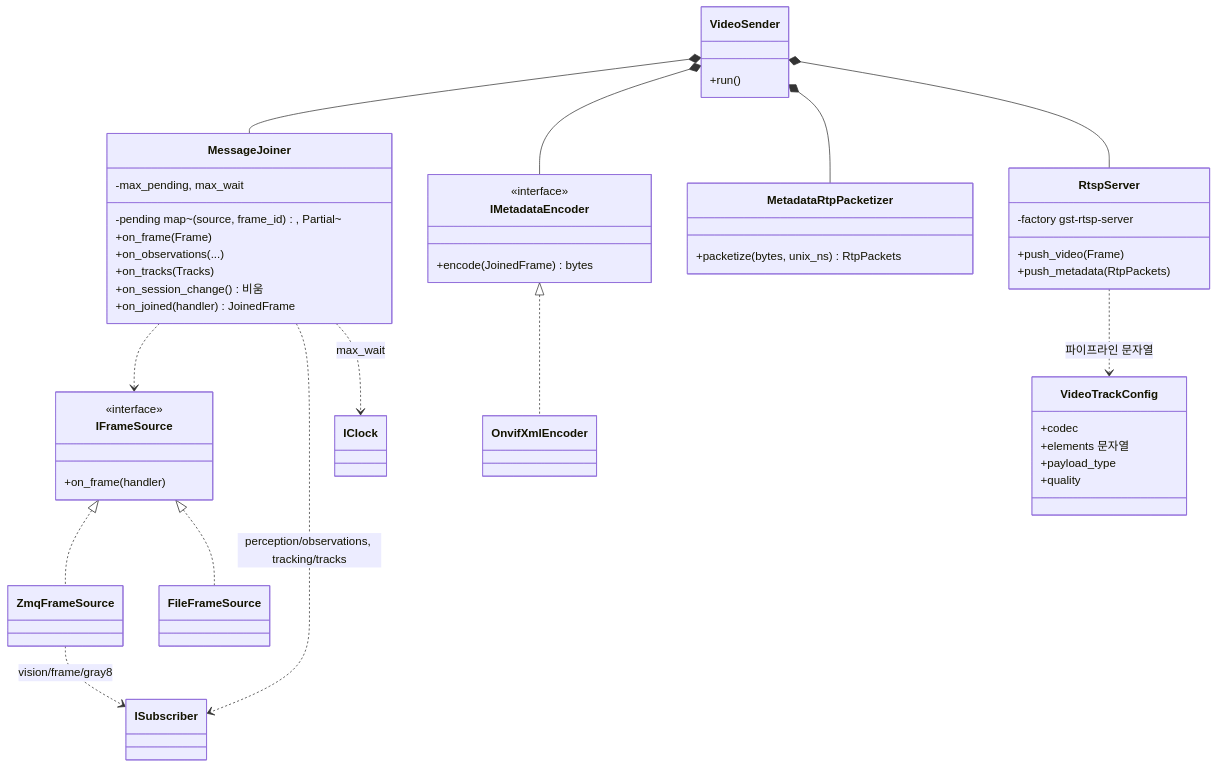
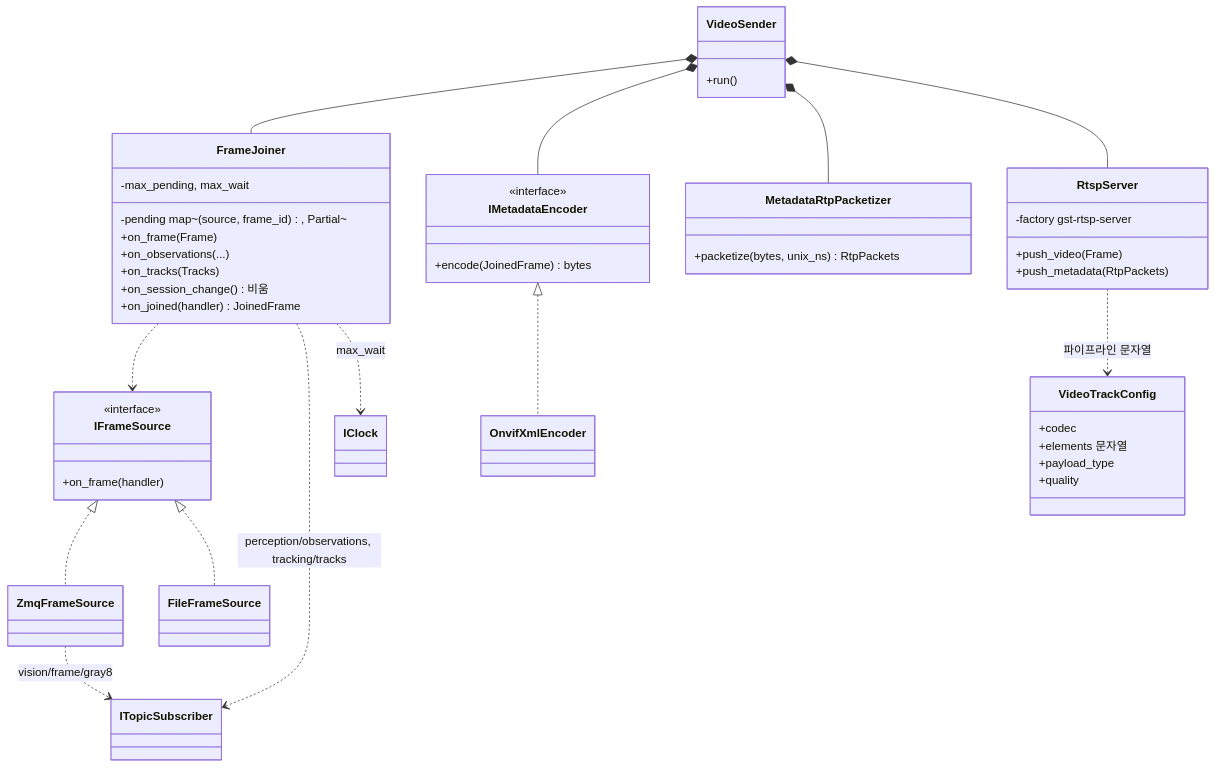
Before and after one commit to lig-argus/argus-edge-vision: the first of 2 diagrams in docs/design/uml/class_video.md, drawn with Mermaid. The commit also changed other lines of this file and 7 other files, not shown here.

````diff
--- a/docs/design/uml/class_video.md
+++ b/docs/design/uml/class_video.md
@@ -11,53 +11,53 @@
 ```mermaid
 classDiagram
     class IFrameSource {
         <<interface>>
         +on_frame(handler)
     }
     class ZmqFrameSource
     class FileFrameSource
-    class MessageJoiner {
+    class FrameJoiner {
         -pending map~(source, frame_id), Partial~
         -max_pending, max_wait
         +on_frame(Frame)
         +on_observations(...)
         +on_tracks(Tracks)
         +on_session_change() 비움
         +on_joined(handler) JoinedFrame
     }
     class IMetadataEncoder {
         <<interface>>
         +encode(JoinedFrame) bytes
     }
     class OnvifXmlEncoder
     class MetadataRtpPacketizer {
         +packetize(bytes, unix_ns) RtpPackets
     }
     class VideoTrackConfig {
         +codec
         +elements 문자열
         +payload_type
         +quality
     }
     class RtspServer {
         -factory gst-rtsp-server
         +push_video(Frame)
         +push_metadata(RtpPackets)
     }
     class VideoSender {
         +run()
     }
 
     IFrameSource <|.. ZmqFrameSource
     IFrameSource <|.. FileFrameSource
     IMetadataEncoder <|.. OnvifXmlEncoder
-    ZmqFrameSource ..> ISubscriber : vision/frame/gray8
-    MessageJoiner ..> IFrameSource
-    MessageJoiner ..> ISubscriber : perception/observations, tracking/tracks
-    MessageJoiner ..> IClock : max_wait
-    VideoSender *-- MessageJoiner
+    ZmqFrameSource ..> ITopicSubscriber : vision/frame/gray8
+    FrameJoiner ..> IFrameSource
+    FrameJoiner ..> ITopicSubscriber : perception/observations, tracking/tracks
+    FrameJoiner ..> IClock : max_wait
+    VideoSender *-- FrameJoiner
     VideoSender *-- IMetadataEncoder
     VideoSender *-- MetadataRtpPacketizer
     VideoSender *-- RtspServer
     RtspServer ..> VideoTrackConfig : 파이프라인 문자열
 ```
````
